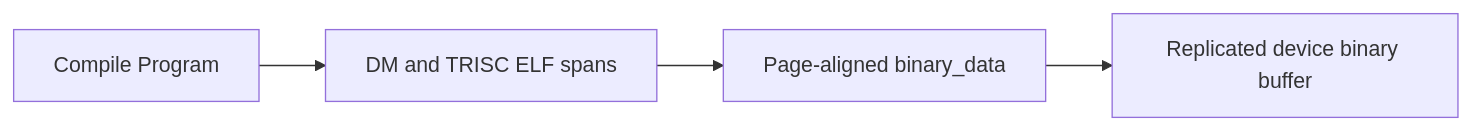
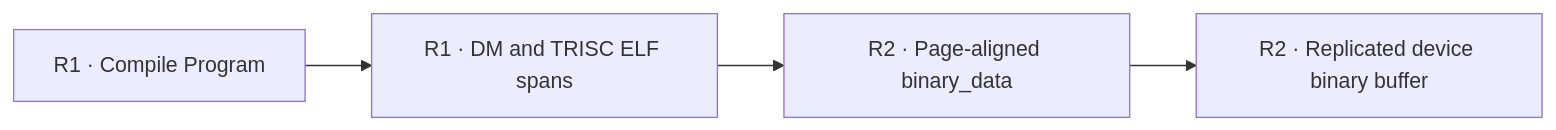
Before and after one commit to buicongnguyen/tt-sim: the eighth of 13 diagrams in public/RISC_FIRMWARE_TO_KERNEL_FLOW.md, drawn with Mermaid. The commit also changed other lines of this file and 4 other files, not shown here.

Commit message:
Link firmware flow steps to source

````diff
--- a/public/RISC_FIRMWARE_TO_KERNEL_FLOW.md
+++ b/public/RISC_FIRMWARE_TO_KERNEL_FLOW.md
@@ -300,6 +329,6 @@
 ```mermaid
 flowchart LR
-    P[Compile Program] --> E[DM and TRISC ELF spans]
-    E --> B[Page-aligned binary_data]
-    B --> D[Replicated device binary buffer]
+    P[R1 · Compile Program] --> E[R1 · DM and TRISC ELF spans]
+    E --> B[R2 · Page-aligned binary_data]
+    B --> D[R2 · Replicated device binary buffer]
 ```
````
